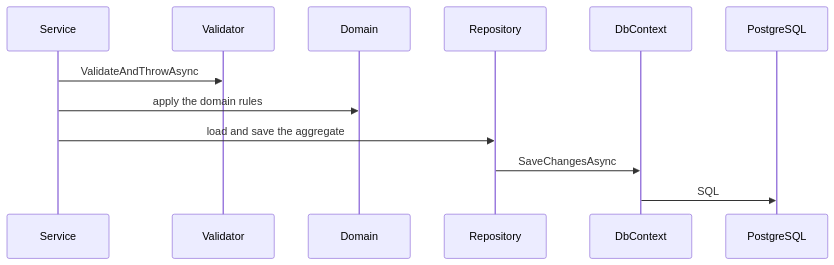
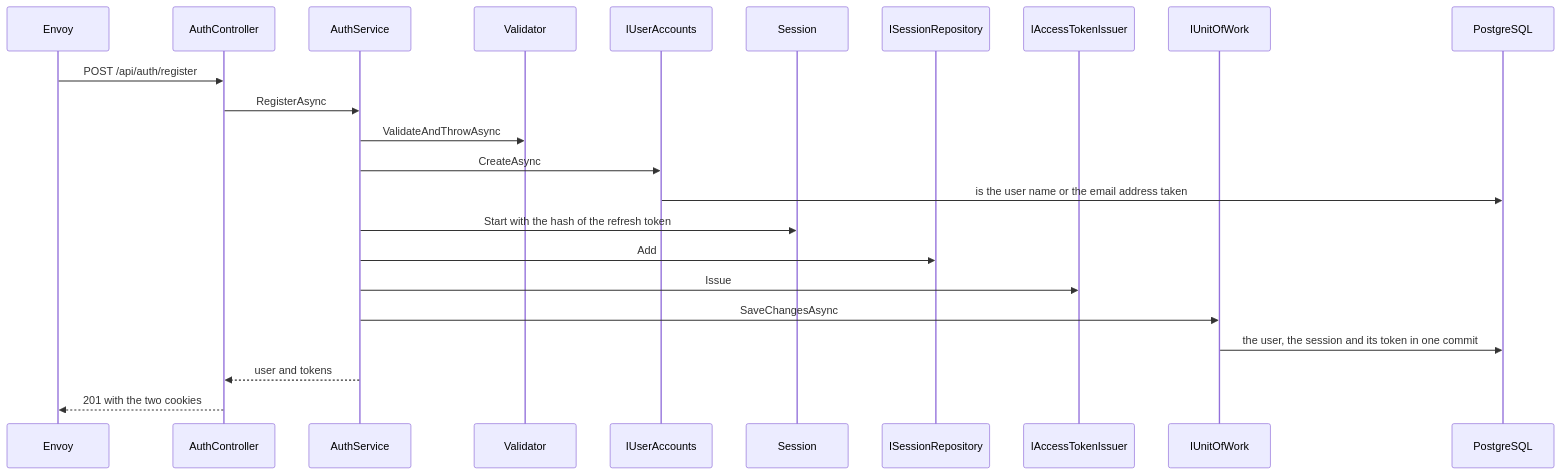
Before and after one commit to szoftarch-chess-platform/platform-service: the fourth of 4 diagrams in docs/architecture.md, drawn with Mermaid. The commit also changed other lines of this file and 80 other files, not shown here.

````diff
--- a/docs/architecture.md
+++ b/docs/architecture.md
@@ -70,15 +70,26 @@
 ```mermaid
 sequenceDiagram
-    participant Svc as Service
+    participant Envoy
+    participant Ctrl as AuthController
+    participant Svc as AuthService
     participant Val as Validator
-    participant Dom as Domain
-    participant Repo as Repository
-    participant Db as DbContext
+    participant Acc as IUserAccounts
+    participant Ses as Session
+    participant Repo as ISessionRepository
+    participant Tok as IAccessTokenIssuer
+    participant Uow as IUnitOfWork
     participant Pg as PostgreSQL
 
+    Envoy->>Ctrl: POST /api/auth/register
+    Ctrl->>Svc: RegisterAsync
     Svc->>Val: ValidateAndThrowAsync
-    Svc->>Dom: apply the domain rules
-    Svc->>Repo: load and save the aggregate
-    Repo->>Db: SaveChangesAsync
-    Db->>Pg: SQL
+    Svc->>Acc: CreateAsync
+    Acc->>Pg: is the user name or the email address taken
+    Svc->>Ses: Start with the hash of the refresh token
+    Svc->>Repo: Add
+    Svc->>Tok: Issue
+    Svc->>Uow: SaveChangesAsync
+    Uow->>Pg: the user, the session and its token in one commit
+    Svc-->>Ctrl: user and tokens
+    Ctrl-->>Envoy: 201 with the two cookies
 ```
````
